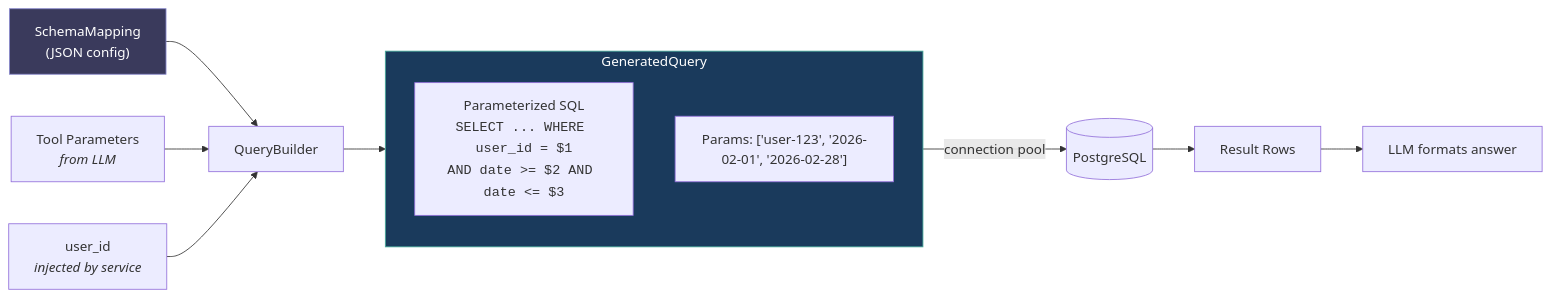
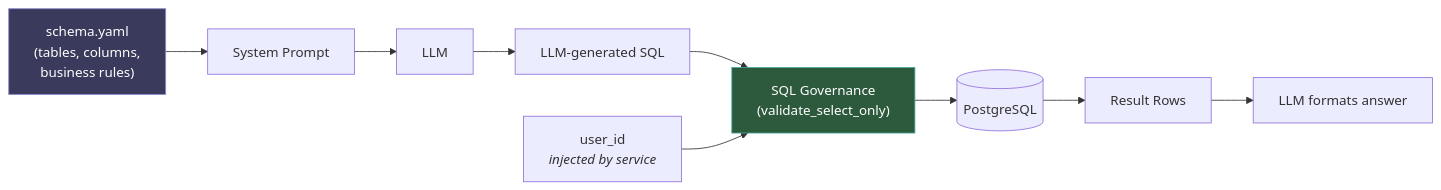
The fifth of 7 diagrams in README.md (maxibove13/finance-query-agent), drawn with Mermaid before and after one commit. The commit also changed other lines of this file and 1 other file, not shown here.

First line of the commit message:
docs: update README and spec for text-to-SQL architecture [MPI-209]

````diff
--- a/README.md
+++ b/README.md
@@ -164,20 +147,16 @@
 ```mermaid
 graph LR
-    SM["SchemaMapping<br/>(JSON config)"] --> QB[QueryBuilder]
-    TP["Tool Parameters<br/><i>from LLM</i>"] --> QB
-    UID["user_id<br/><i>injected by service</i>"] --> QB
+    SY["schema.yaml<br/>(tables, columns,<br/>business rules)"] --> SP[System Prompt]
+    SP --> LLM[LLM]
+    LLM --> SQL["LLM-generated SQL"]
 
-    QB --> GQ["GeneratedQuery"]
+    SQL --> GOV["SQL Governance<br/>(validate_select_only)"]
+    UID["user_id<br/><i>injected by service</i>"] --> GOV
 
-    subgraph GQ["GeneratedQuery"]
-        SQL["Parameterized SQL<br/><code>SELECT ... WHERE user_id = $1<br/>AND date >= $2 AND date <= $3</code>"]
-        PARAMS["Params: ['user-123', '2026-02-01', '2026-02-28']"]
-    end
+    GOV --> PG[(PostgreSQL)]
+    PG --> ROWS[Result Rows]
+    ROWS --> LLM2[LLM formats answer]
 
-    GQ -->|connection pool| PG[(PostgreSQL)]
-    PG --> ROWS[Result Rows]
-    ROWS --> LLM[LLM formats answer]
-
-    style SM fill:#3a3a5c,stroke:#88c,color:#fff
-    style GQ fill:#1a3a5c,stroke:#4a9,color:#fff
+    style SY fill:#3a3a5c,stroke:#88c,color:#fff
+    style GOV fill:#2d5a3d,stroke:#4a9,color:#fff
 ```
````
